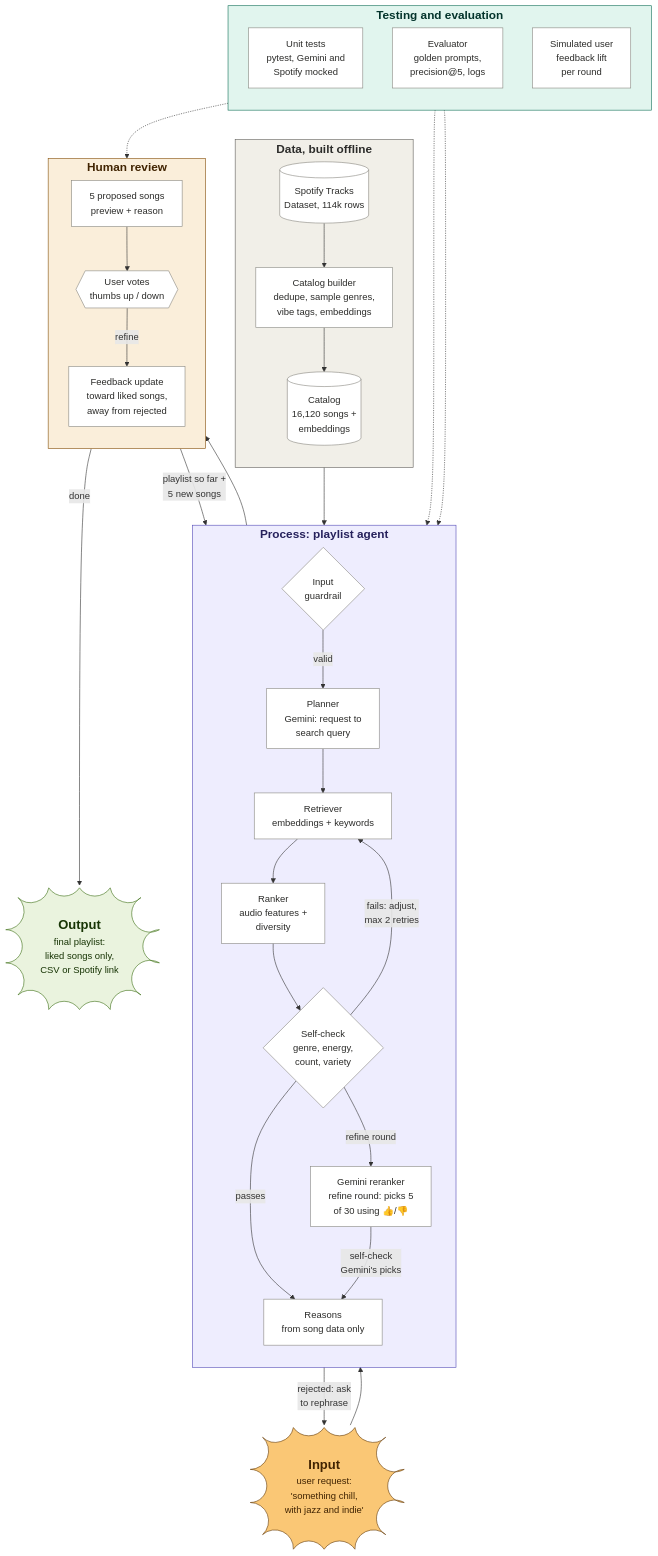
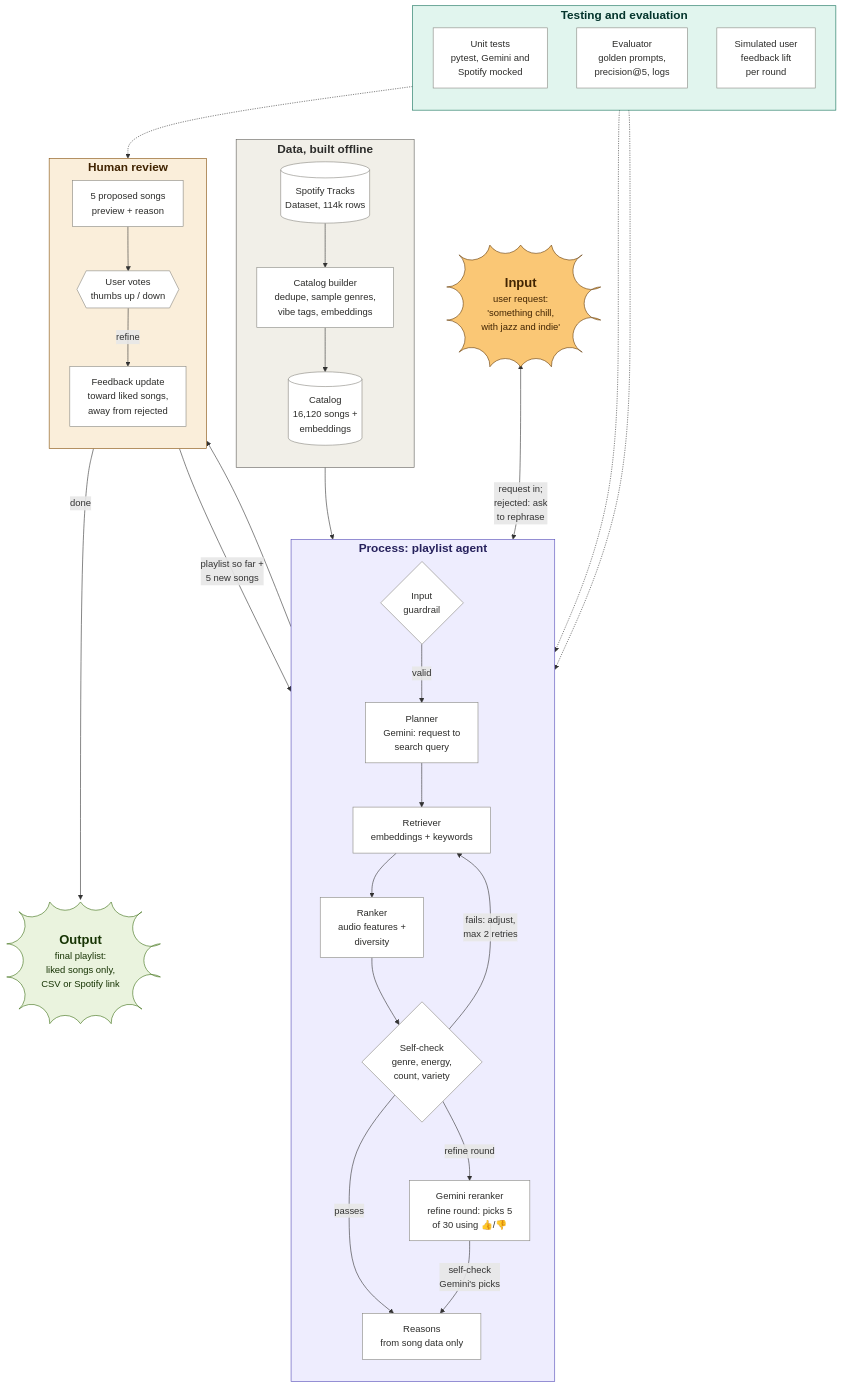
Before and after one commit to jesy-codes/music-recs-ai-system: the diagram in diagrams/system_architecture.mmd, drawn with Mermaid. The commit also changed 1 other file, not shown here.

Commit message:
Keep Input at the top of the diagram on GitHub
The Input -> guardrail and guardrail -> Input arrows formed a loop that
GitHub's Mermaid renderer resolved by drawing Input at the bottom. One
two-way arrow replaces them, in the .mmd file and the README copy.

```diff
--- a/diagrams/system_architecture.mmd
+++ b/diagrams/system_architecture.mmd
@@ -1,68 +1,69 @@
 %% System diagram: Agentic Playlist Builder
 %% Reads top to bottom: input -> agent process -> human review -> output.
 %% Sections: gray = data, purple = AI agent, amber = human review, green = testing.
 %% Dashed arrows are testing; solid arrows are data flow.
 flowchart TB
     USER@{ shape: bang, label: "<b style='font-size:22px'>Input</b><br/>user request:<br/>'something chill,<br/>with jazz and indie'" }
 
     subgraph DATA["<b style='font-size:20px'>Data, built offline</b>"]
         direction TB
         RAW[("Spotify Tracks<br/>Dataset, 114k rows")]
         BUILD["Catalog builder<br/>dedupe, sample genres,<br/>vibe tags, embeddings"]
         DB[("Catalog<br/>16,120 songs +<br/>embeddings")]
         RAW --> BUILD --> DB
     end
 
     subgraph AGENT["<b style='font-size:20px'>Process: playlist agent</b>"]
         direction TB
         GUARD{"Input<br/>guardrail"}
         PLAN["Planner<br/>Gemini: request to<br/>search query"]
         RET["Retriever<br/>embeddings + keywords"]
         RANK["Ranker<br/>audio features +<br/>diversity"]
         CHECK{"Self-check<br/>genre, energy,<br/>count, variety"}
         EXPL["Reasons<br/>from song data only"]
         RERANK["Gemini reranker<br/>refine round: picks 5<br/>of 30 using 👍/👎"]
         GUARD -- valid --> PLAN --> RET --> RANK --> CHECK
         CHECK -- "fails: adjust,<br/>max 2 retries" --> RET
         CHECK -- passes --> EXPL
         CHECK -- "refine round" --> RERANK
         RERANK -- "self-check<br/>Gemini's picks" --> EXPL
     end
 
     subgraph HUMAN["<b style='font-size:20px'>Human review</b>"]
         direction TB
         SHOW["5 proposed songs<br/>preview + reason"]
         VOTE{{"User votes<br/>thumbs up / down"}}
         FB["Feedback update<br/>toward liked songs,<br/>away from rejected"]
         SHOW --> VOTE
         VOTE -- refine --> FB
     end
 
     OUT@{ shape: bang, label: "<b style='font-size:22px'>Output</b><br/>final playlist:<br/>liked songs only,<br/>CSV or Spotify link" }
 
     subgraph TEST["<b style='font-size:20px'>Testing and evaluation</b>"]
         direction TB
         UNIT["Unit tests<br/>pytest, Gemini and<br/>Spotify mocked"]
         EVAL["Evaluator<br/>golden prompts,<br/>precision@5, logs"]
         SIM["Simulated user<br/>feedback lift<br/>per round"]
     end
 
-    USER --> GUARD
-    GUARD -- "rejected: ask<br/>to rephrase" --> USER
+    %% One two-way arrow instead of USER --> GUARD plus GUARD --> USER: a loop here lets some renderers
+    %% (GitHub's) flip the layout and draw Input at the bottom.
+    USER <-- "request in;<br/>rejected: ask<br/>to rephrase" --> GUARD
     DB --> RET
     EXPL --> SHOW
     FB -- "playlist so far +<br/>5 new songs" --> RET
     VOTE -- done --> OUT
 
     UNIT -.-> AGENT
     EVAL -.-> AGENT
     SIM -.-> VOTE
 
     %% Boxes are white; each pipeline section gets its own background color.
     classDef default fill:#FFFFFF,stroke:#888780,color:#2C2C2A
     style DATA  fill:#F1EFE8,stroke:#5F5E5A,color:#2C2C2A
     style AGENT fill:#EEEDFE,stroke:#534AB7,color:#26215C
     style HUMAN fill:#FAEEDA,stroke:#854F0B,color:#412402
     style TEST  fill:#E1F5EE,stroke:#0F6E56,color:#04342C
     style USER  fill:#FAC775,stroke:#633806,color:#412402
     style OUT   fill:#EAF3DE,stroke:#3B6D11,color:#173404
```
